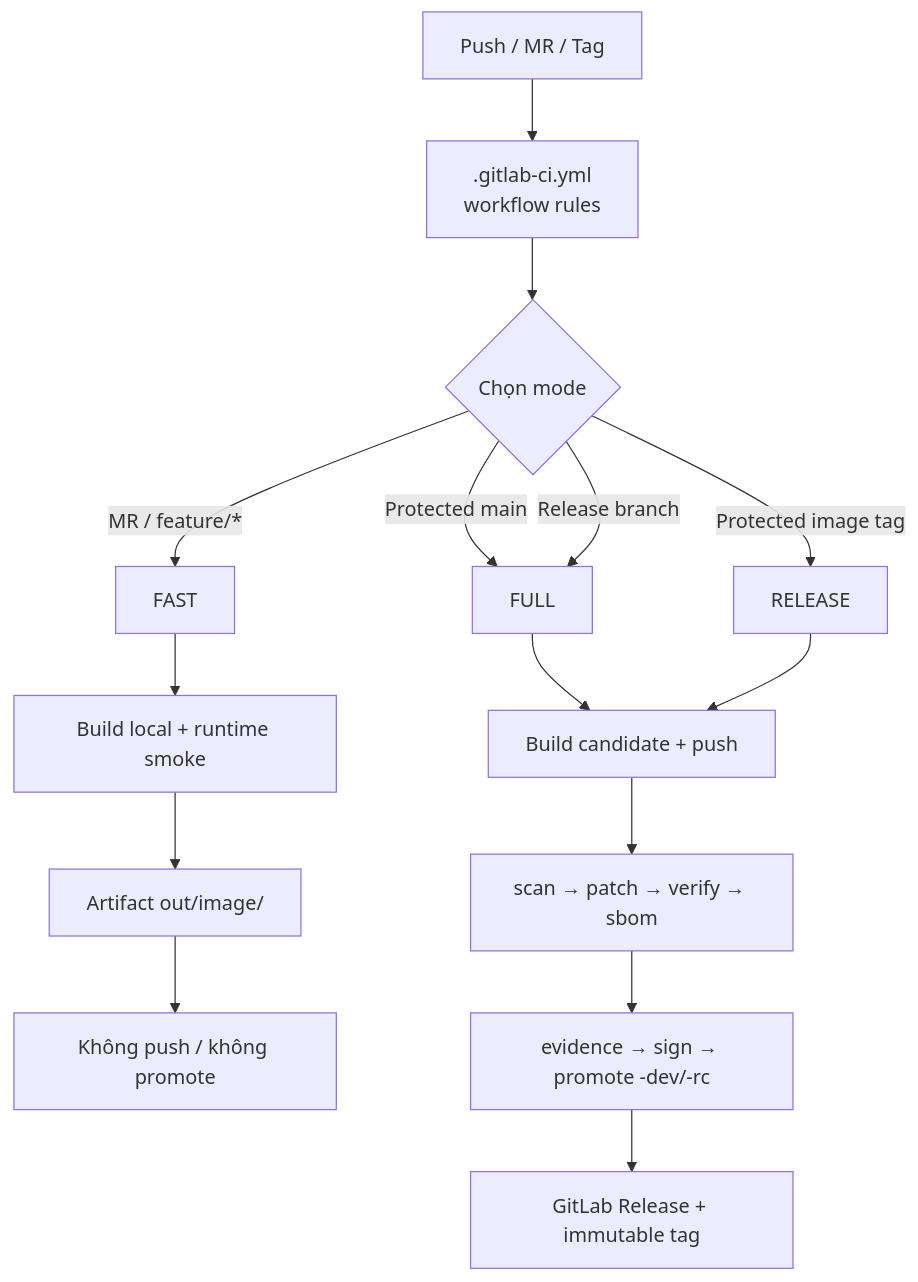
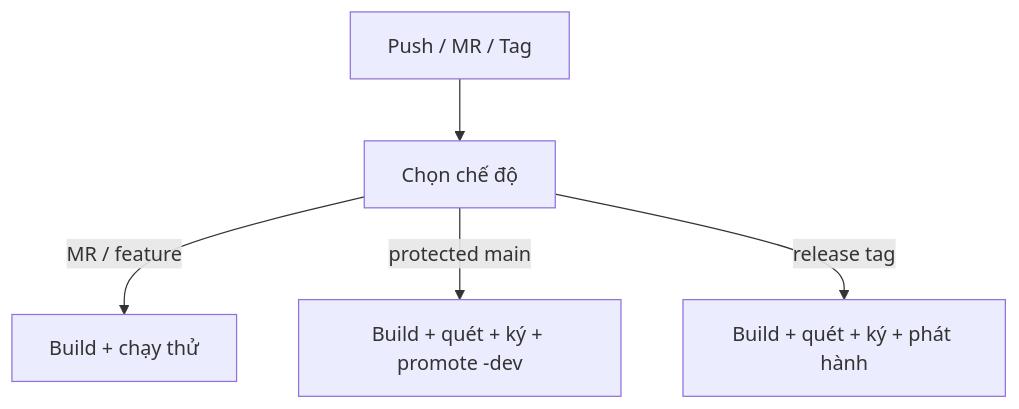
The second of 3 diagrams in README.md (solution156/workspace-images), drawn with Mermaid before and after one commit. The commit also changed other lines of this file, not shown here.

````diff
--- a/README.md
+++ b/README.md
@@ -64,20 +96,7 @@
 ```mermaid
 flowchart TD
-    A["Push / MR / Tag"] --> B[".gitlab-ci.yml<br/>workflow rules"]
-    B --> C{"Chọn mode"}
-    C -->|MR / feature/*| FAST["FAST"]
-    C -->|Protected main| FULL["FULL"]
-    C -->|Release branch| FULL
-    C -->|Protected image tag| REL["RELEASE"]
-
-    FAST --> F1["Build local + runtime smoke"]
-    F1 --> F2["Artifact out/image/"]
-    F2 --> F3["Không push / không promote"]
-
-    FULL --> G1["Build candidate + push"]
-    G1 --> G2["scan → patch → verify → sbom"]
-    G2 --> G3["evidence → sign → promote -dev/-rc"]
-
-    REL --> G1
-    G3 --> G4["GitLab Release + immutable tag"]
+    A["Push / MR / Tag"] --> B["Chọn chế độ"]
+    B -->|MR / feature| FAST["Build + chạy thử"]
+    B -->|protected main| FULL["Build + quét + ký + promote -dev"]
+    B -->|release tag| REL["Build + quét + ký + phát hành"]
 ```
````
